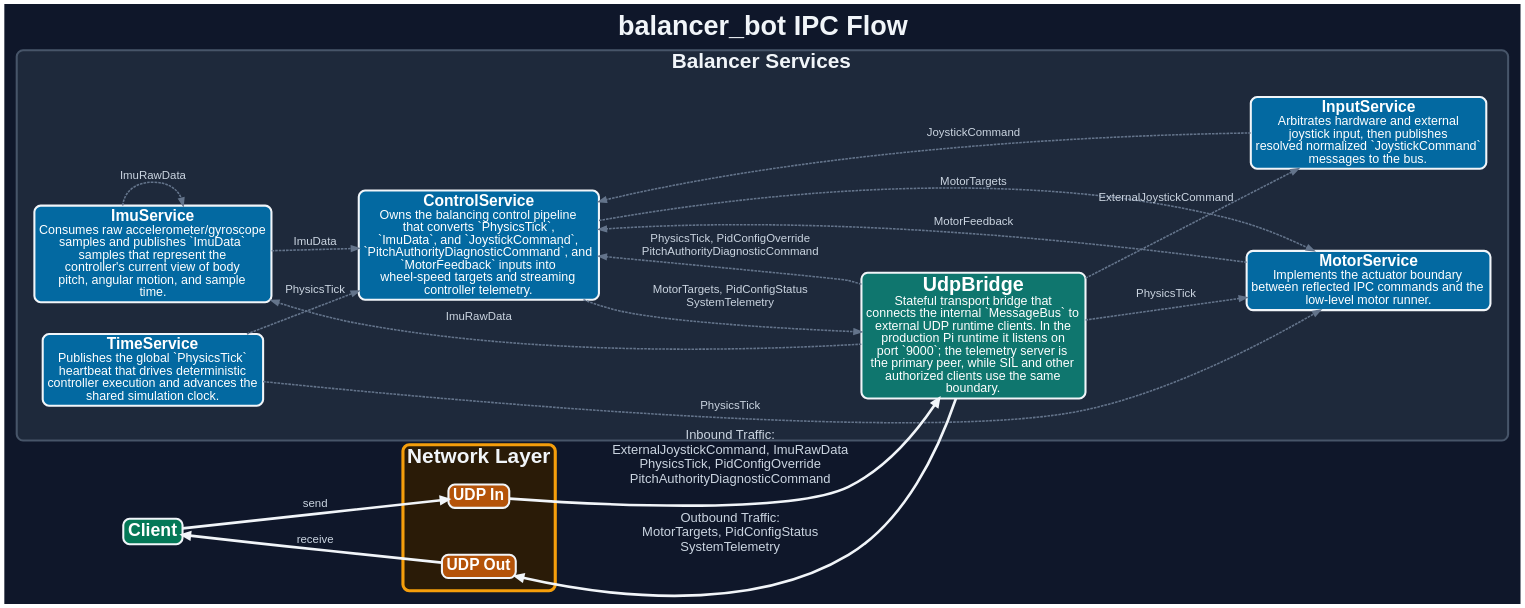
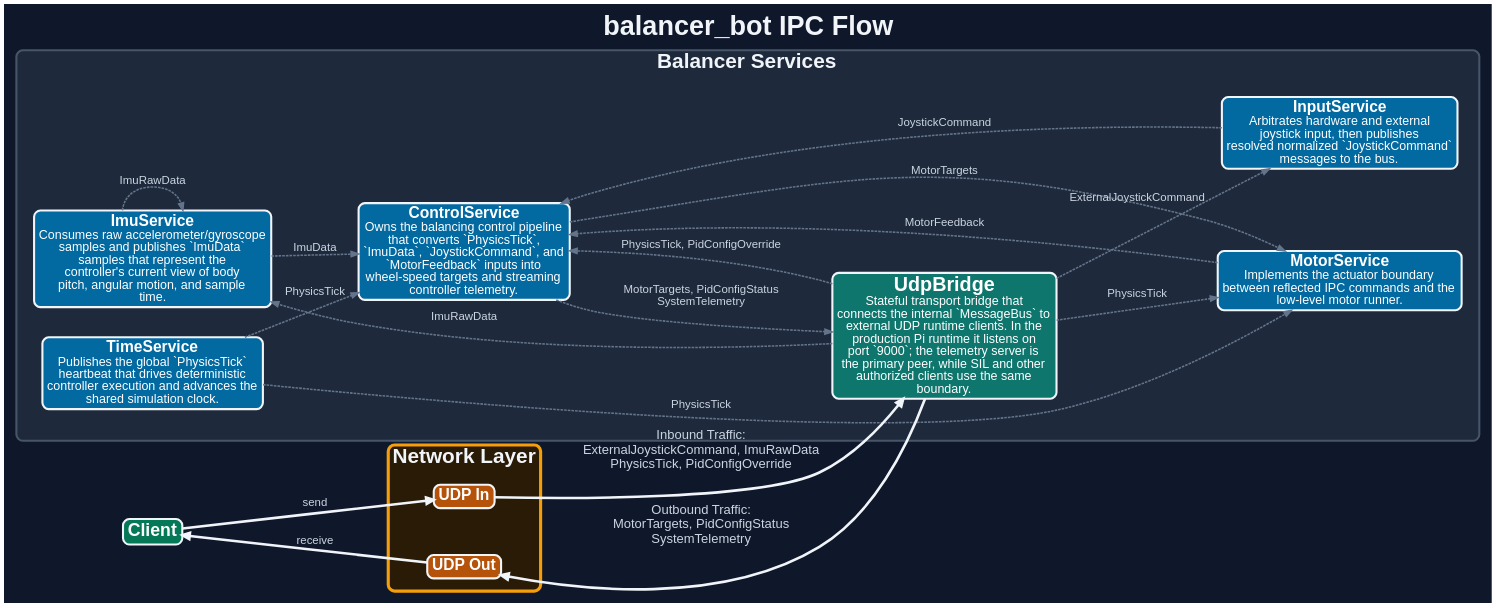
Before and after one commit to AxelBjork/balancer_bot: the diagram in doc/ipc/ipc_flow.dot, drawn with Graphviz. The commit also changed 44 other files, not shown here.

```diff
--- a/doc/ipc/ipc_flow.dot
+++ b/doc/ipc/ipc_flow.dot
@@ -1,91 +1,91 @@
 digraph IPC {
   rankdir=LR;
   bgcolor="#0F172A";
   pad=0.22;
   nodesep=0.62;
   ranksep=0.70;
   splines=spline;
   remincross=true;
 
   fontname="Helvetica,Arial,sans-serif";
   fontsize=52;
   fontcolor="#F1F5F9";
   label=<<B>balancer_bot IPC Flow</B>>;
   labelloc="t";
 
   node [fontname="Helvetica,Arial,sans-serif", shape=rect, style="filled,rounded", fixedsize=false, margin="0.12,0.08", fontsize=28, fontcolor="#FFFFFF", penwidth=4, color="#F1F5F9"];
 
   edge [fontname="Helvetica,Arial,sans-serif", fontsize=22, fontcolor="#CBD5E1", color="#64748B", penwidth=3.0, arrowsize=1.4, labelfloat=false, labeldistance=0.8, labelangle=10];
 
   subgraph cluster_sim {
     label=<<B><FONT POINT-SIZE="40">Balancer Services</FONT></B>>;
     fontcolor="#F1F5F9";
     style="rounded,filled";
     color="#475569";
     penwidth=4;
     fillcolor="#1E293B";
     margin=34;
     ImuService [
       fillcolor="#0369A1",
       label=<<B><FONT POINT-SIZE="30">ImuService</FONT></B><BR/><FONT POINT-SIZE="24">Consumes raw accelerometer/gyroscope<BR/>samples and publishes `ImuData`<BR/>samples that represent the<BR/>controller&apos;s current view of body<BR/>pitch, angular motion, and sample<BR/>time.</FONT>>
     ];
     TimeService [
       fillcolor="#0369A1",
       label=<<B><FONT POINT-SIZE="30">TimeService</FONT></B><BR/><FONT POINT-SIZE="24">Publishes the global `PhysicsTick`<BR/>heartbeat that drives deterministic<BR/>controller execution and advances the<BR/>shared simulation clock.</FONT>>
     ];
     ControlService [
       fillcolor="#0369A1",
-      label=<<B><FONT POINT-SIZE="30">ControlService</FONT></B><BR/><FONT POINT-SIZE="24">Owns the balancing control pipeline<BR/>that converts `PhysicsTick`,<BR/>`ImuData`, and `JoystickCommand`,<BR/>`PitchAuthorityDiagnosticCommand`, and<BR/>`MotorFeedback` inputs into<BR/>wheel-speed targets and streaming<BR/>controller telemetry.</FONT>>
+      label=<<B><FONT POINT-SIZE="30">ControlService</FONT></B><BR/><FONT POINT-SIZE="24">Owns the balancing control pipeline<BR/>that converts `PhysicsTick`,<BR/>`ImuData`, `JoystickCommand`, and<BR/>`MotorFeedback` inputs into<BR/>wheel-speed targets and streaming<BR/>controller telemetry.</FONT>>
     ];
     MotorService [
       fillcolor="#0369A1",
       label=<<B><FONT POINT-SIZE="30">MotorService</FONT></B><BR/><FONT POINT-SIZE="24">Implements the actuator boundary<BR/>between reflected IPC commands and the<BR/>low-level motor runner.</FONT>>
     ];
     InputService [
       fillcolor="#0369A1",
       label=<<B><FONT POINT-SIZE="30">InputService</FONT></B><BR/><FONT POINT-SIZE="24">Arbitrates hardware and external<BR/>joystick input, then publishes<BR/>resolved normalized `JoystickCommand`<BR/>messages to the bus.</FONT>>
     ];
     UdpBridge [
       fillcolor="#0F766E",
       label=<<B><FONT POINT-SIZE="38">UdpBridge</FONT></B><BR/><FONT POINT-SIZE="24">Stateful transport bridge that<BR/>connects the internal `MessageBus` to<BR/>external UDP runtime clients. In the<BR/>production Pi runtime it listens on<BR/>port `9000`; the telemetry server is<BR/>the primary peer, while SIL and other<BR/>authorized clients use the same<BR/>boundary.</FONT>>
     ];
   }
 
   subgraph cluster_sockets {
     label=<<B><FONT POINT-SIZE="40">Network Layer</FONT></B>>;
     fontcolor="#F1F5F9";
     style="rounded,filled";
     color="#F59E0B";
     penwidth=6;
     fillcolor="#2A1B07";
     margin=24;
 
     { rank=same; TX; RX; }
 
     TX [fillcolor="#B45309", label=<<B><FONT POINT-SIZE="30">UDP In</FONT></B>>];
     RX [fillcolor="#B45309", label=<<B><FONT POINT-SIZE="30">UDP Out</FONT></B>>];
     TX -> RX [style=invis, weight=50, constraint=false];
   }
 
   Client [fillcolor="#047857", label=<<B><FONT POINT-SIZE="34">Client</FONT></B>>];
 
   Client -> TX [label="send", color="#F1F5F9", penwidth=5];
-  TX -> UdpBridge [label="Inbound Traffic:\nExternalJoystickCommand, ImuRawData\nPhysicsTick, PidConfigOverride\nPitchAuthorityDiagnosticCommand", color="#F1F5F9", penwidth=5, fontsize=25];
+  TX -> UdpBridge [label="Inbound Traffic:\nExternalJoystickCommand, ImuRawData\nPhysicsTick, PidConfigOverride", color="#F1F5F9", penwidth=5, fontsize=25];
 
   // Internal Service Logic
   ControlService -> MotorService [label="MotorTargets", style=dashed];
   ControlService -> UdpBridge [label="MotorTargets, PidConfigStatus\nSystemTelemetry", style=dashed];
   ImuService -> ControlService [label="ImuData", style=dashed];
   ImuService -> ImuService [label="ImuRawData", style=dashed];
   InputService -> ControlService [label="JoystickCommand", style=dashed];
   MotorService -> ControlService [label="MotorFeedback", style=dashed];
   TimeService -> ControlService [label="PhysicsTick", style=dashed];
   TimeService -> MotorService [label="PhysicsTick", style=dashed];
-  UdpBridge -> ControlService [label="PhysicsTick, PidConfigOverride\nPitchAuthorityDiagnosticCommand", style=dashed];
+  UdpBridge -> ControlService [label="PhysicsTick, PidConfigOverride", style=dashed];
   UdpBridge -> ImuService [label="ImuRawData", style=dashed];
   UdpBridge -> InputService [label="ExternalJoystickCommand", style=dashed];
   UdpBridge -> MotorService [label="PhysicsTick", style=dashed];
 
   RX -> UdpBridge [label="Outbound Traffic:\nMotorTargets, PidConfigStatus\nSystemTelemetry", color="#F1F5F9", penwidth=5, dir=back, fontsize=25, arrowtail=normal];
   Client -> RX [label="receive", color="#F1F5F9", penwidth=5, dir=back, arrowtail=normal];
 }
```
